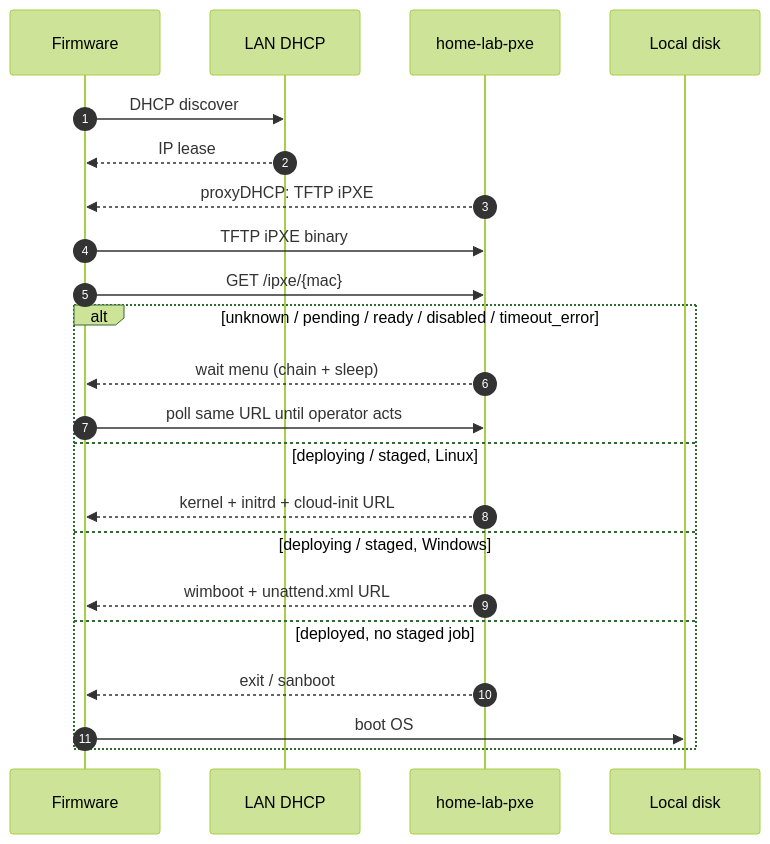
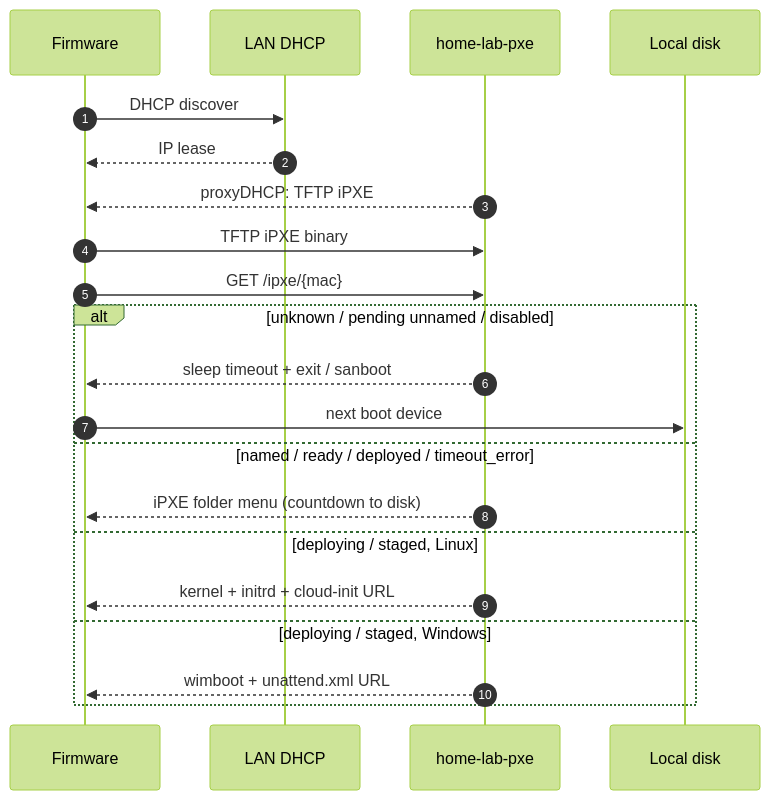
One commit to hometinker12/home-lab-pxe changed the fifth of 24 diagrams in ARCHITECTURE.md. Above: the diagram before and after it, drawn with Mermaid (forest theme). The commit also changed other lines of this file and 37 other files, not shown here.

First line of the commit message:
Cut 0.3.1 with iPXE folder menus and image add overlay

````diff
--- a/ARCHITECTURE.md
+++ b/ARCHITECTURE.md
@@ -122,25 +122,24 @@
 ```mermaid
 sequenceDiagram
   autonumber
   participant FW as Firmware
   participant DHCP as LAN DHCP
   participant PXE as home-lab-pxe
   participant Disk as Local disk
 
   FW->>DHCP: DHCP discover
   DHCP-->>FW: IP lease
   PXE-->>FW: proxyDHCP: TFTP iPXE
   FW->>PXE: TFTP iPXE binary
   FW->>PXE: GET /ipxe/{mac}
-  alt unknown / pending / ready / disabled / timeout_error
-    PXE-->>FW: wait menu (chain + sleep)
-    FW->>PXE: poll same URL until operator acts
+  alt unknown / pending unnamed / disabled
+    PXE-->>FW: sleep timeout + exit / sanboot
+    FW->>Disk: next boot device
+  else named / ready / deployed / timeout_error
+    PXE-->>FW: iPXE folder menu (countdown to disk)
   else deploying / staged, Linux
     PXE-->>FW: kernel + initrd + cloud-init URL
   else deploying / staged, Windows
     PXE-->>FW: wimboot + unattend.xml URL
-  else deployed, no staged job
-    PXE-->>FW: exit / sanboot
-    FW->>Disk: boot OS
   end
 ```
````
